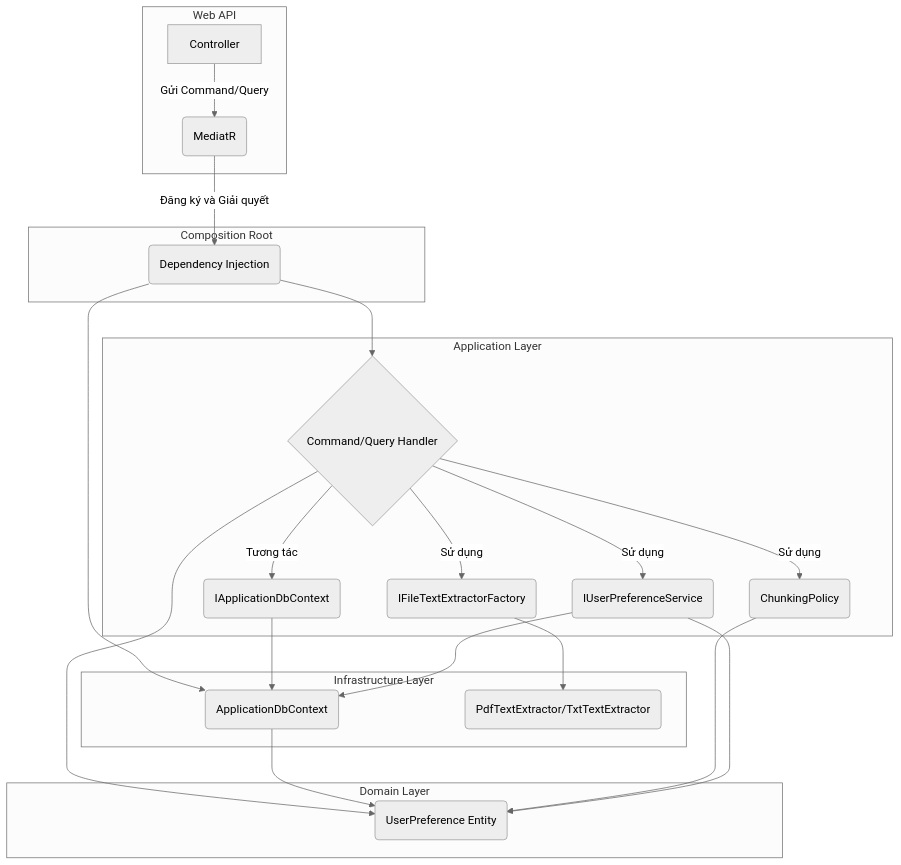
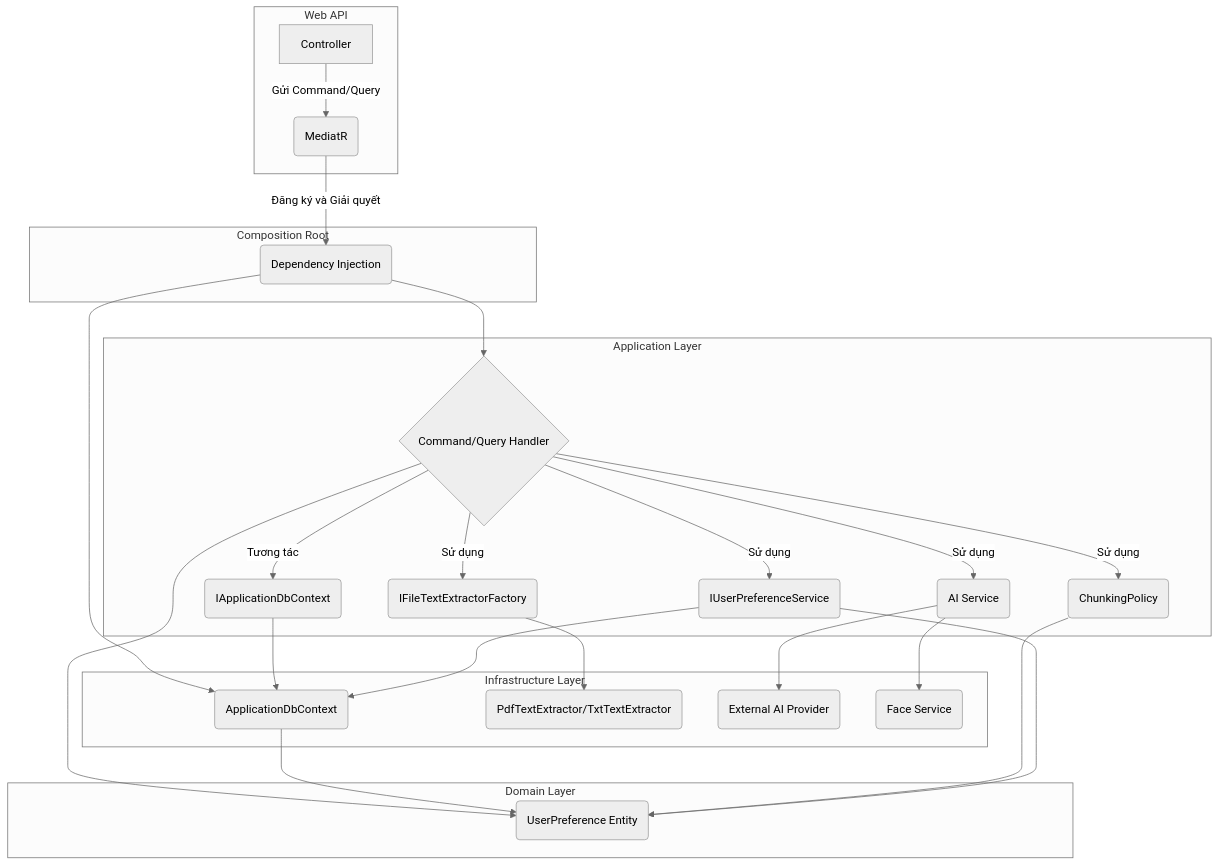
One commit to hkthao/family-tree-3 changed the fourth of 6 diagrams in docs/engineering/architecture.md. Above: the diagram before and after it, drawn with Mermaid (neutral theme). The commit also changed other lines of this file, not shown here.

First line of the commit message:
docs: Further update architecture.md with comprehensive external AI services

````diff
--- a/docs/engineering/architecture.md
+++ b/docs/engineering/architecture.md
@@ -74,32 +73,35 @@
 ```mermaid
 graph TD
     subgraph "Web API"
         A[Controller] -->|Gửi Command/Query| B(MediatR)
     end
 
     subgraph "Composition Root"
         B -->|Đăng ký và Giải quyết| CR(Dependency Injection)
     end
 
     subgraph "Application Layer"
         CR --> C{Command/Query Handler}
         C -->|Tương tác| D(IApplicationDbContext)
         C -->|Sử dụng| E(IFileTextExtractorFactory)
         C -->|Sử dụng| F(ChunkingPolicy)
         C -->|Sử dụng| UP(IUserPreferenceService)
+        C -->|Sử dụng| AI(AI Service)
     end
 
     subgraph "Infrastructure Layer"
         CR --> G(ApplicationDbContext)
         D --> G
         E --> H(PdfTextExtractor/TxtTextExtractor)
         UP --> G
+        AI --> J(External AI Provider)
+        AI --> K(Face Service)
     end
 
     subgraph "Domain Layer"
         C --> I(Entities)
         G --> I
         F --> I
         UP --> I(UserPreference Entity)
     end
 ```
````
